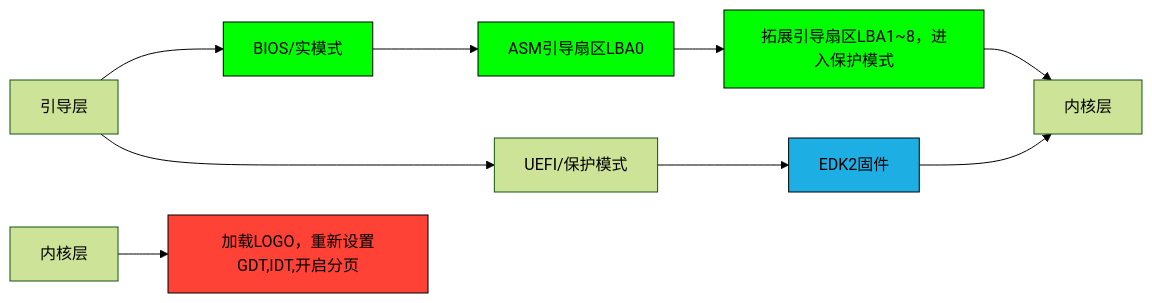
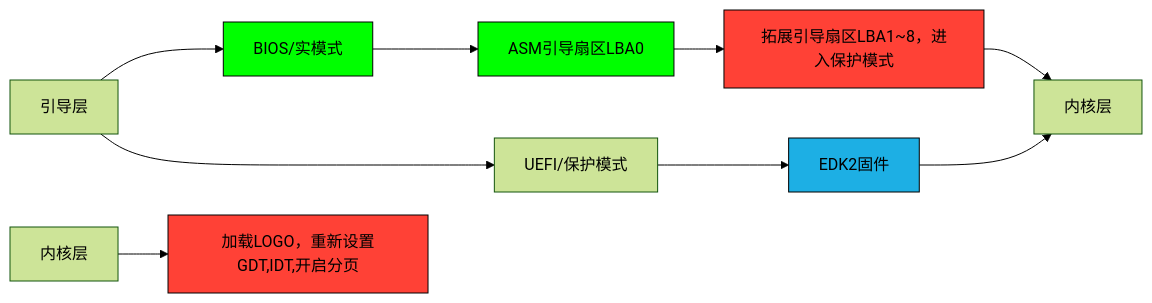
One commit to XiYuyan-13yearsoldboy/13yearsold-RCOS1.0 changed the diagram in README.md. Above: the diagram before and after it, drawn with Mermaid (forest theme).

````diff
--- a/README.md
+++ b/README.md
@@ -11,17 +11,16 @@
 ```mermaid
 graph LR 
 A[引导层] --> B[BIOS/实模式]
 A --> C[UEFI/保护模式]
 B --> D[ASM引导扇区LBA0]
 D --> G[拓展引导扇区LBA1~8，进入保护模式]
 C --> E[EDK2固件]
 E --> F[内核层]
 G --> F
 H[内核层] --> I[加载LOGO，重新设置GDT,IDT,开启分页] 
 style G fill:#FF4136,stroke:#000;
 style I fill:#FF4136,stroke:#000;
 style E fill:#1DAFE4,stroke:#000;
-style G fill:#0F0,stroke:#000;
 style B fill:#0F0,stroke:#000;
 style D fill:#0F0,stroke:#000;
 ```
````
